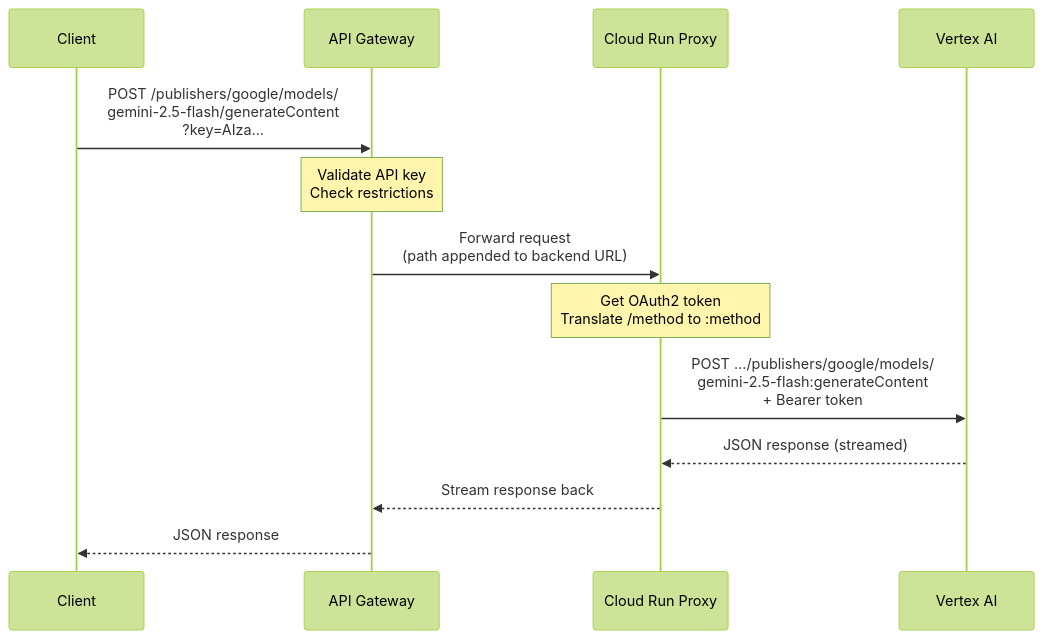
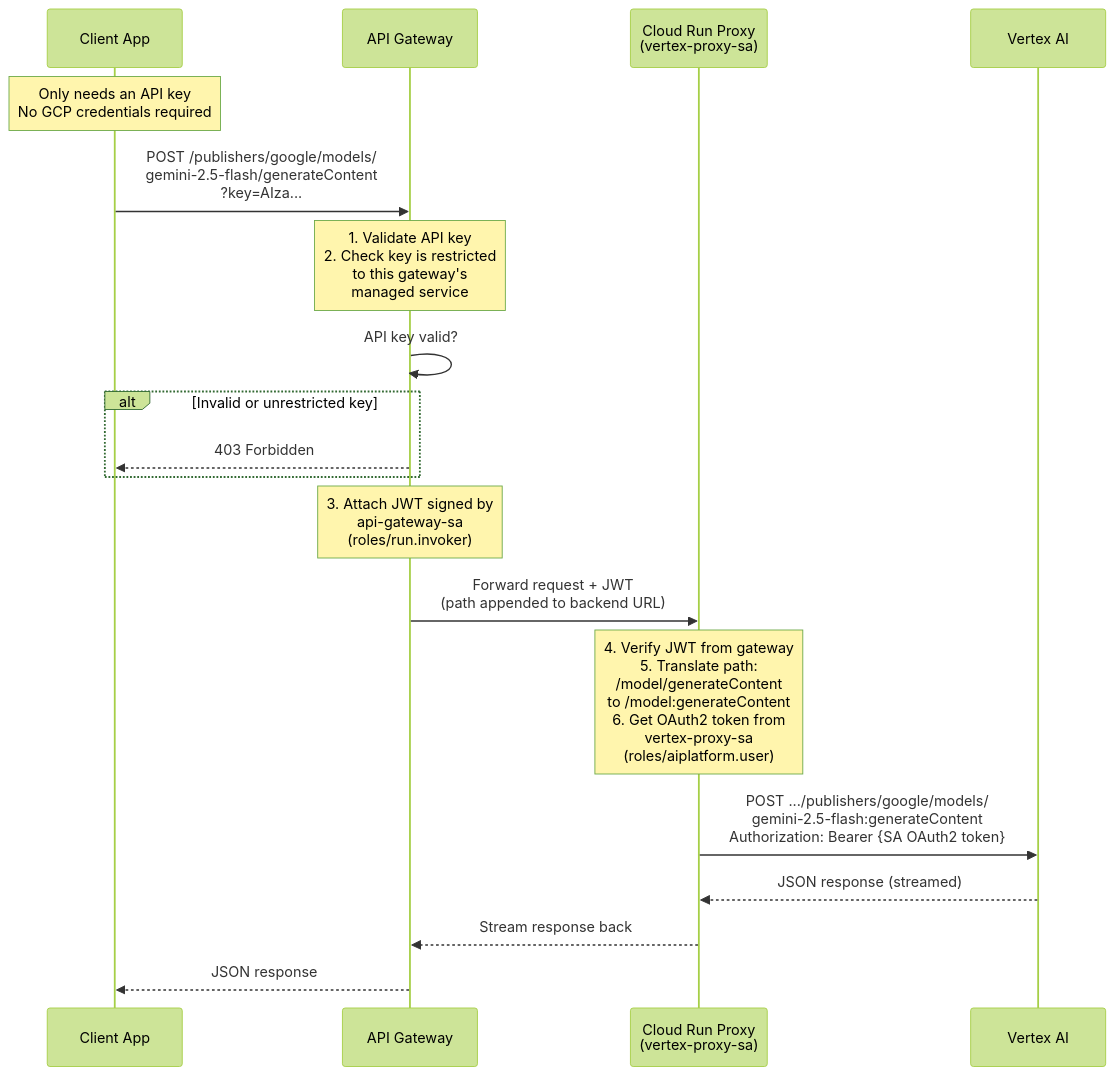
One commit to duboc/api-management-service changed the second of 2 diagrams in README.md. Above: the diagram before and after it, drawn with Mermaid (forest theme). The commit also changed other lines of this file, not shown here.

First line of the commit message:
Update README diagrams to show full auth/authz flow

````diff
--- a/README.md
+++ b/README.md
@@ -40,21 +57,31 @@
 ```mermaid
 sequenceDiagram
-    participant C as Client
+    participant C as Client App
     participant GW as API Gateway
-    participant P as Cloud Run Proxy
+    participant P as Cloud Run Proxy<br/>(vertex-proxy-sa)
     participant V as Vertex AI
+
+    Note over C: Only needs an API key<br/>No GCP credentials required
 
     C->>GW: POST /publishers/google/models/<br/>gemini-2.5-flash/generateContent<br/>?key=AIza...
 
-    Note over GW: Validate API key<br/>Check restrictions
+    Note over GW: 1. Validate API key<br/>2. Check key is restricted<br/>to this gateway's<br/>managed service
 
-    GW->>P: Forward request<br/>(path appended to backend URL)
+    GW->>GW: API key valid?
 
-    Note over P: Get OAuth2 token<br/>Translate /method to :method
+    alt Invalid or unrestricted key
+        GW-->>C: 403 Forbidden
+    end
 
-    P->>V: POST .../publishers/google/models/<br/>gemini-2.5-flash:generateContent<br/>+ Bearer token
+    Note over GW: 3. Attach JWT signed by<br/>api-gateway-sa<br/>(roles/run.invoker)
+
+    GW->>P: Forward request + JWT<br/>(path appended to backend URL)
+
+    Note over P: 4. Verify JWT from gateway<br/>5. Translate path:<br/>/model/generateContent<br/>to /model:generateContent<br/>6. Get OAuth2 token from<br/>vertex-proxy-sa<br/>(roles/aiplatform.user)
+
+    P->>V: POST .../publishers/google/models/<br/>gemini-2.5-flash:generateContent<br/>Authorization: Bearer {SA OAuth2 token}
 
     V-->>P: JSON response (streamed)
     P-->>GW: Stream response back
     GW-->>C: JSON response
 ```
````
